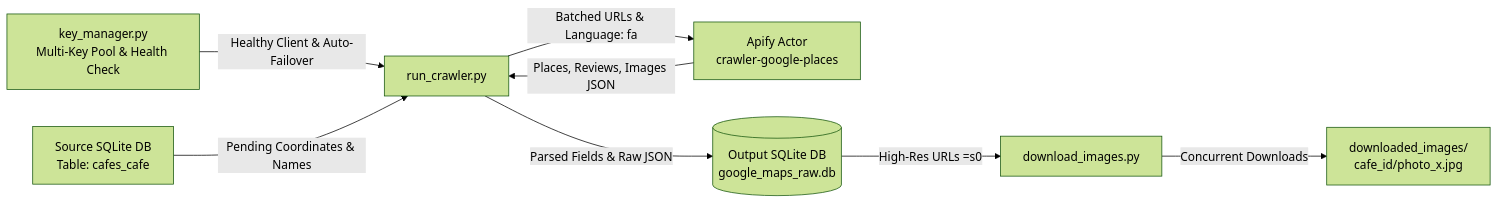
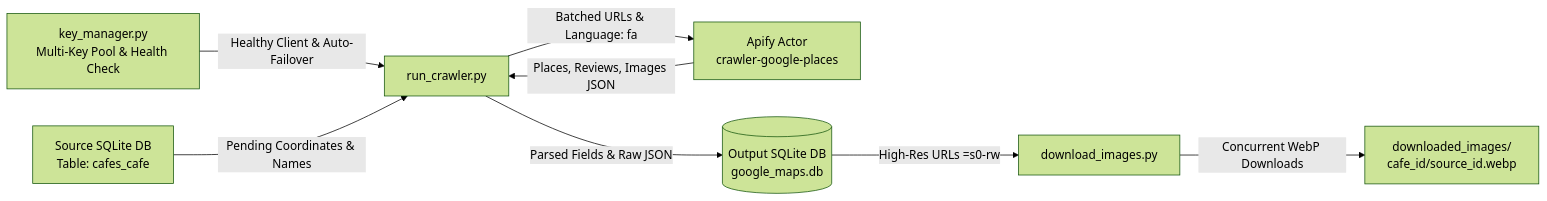
Before and after one commit to osumy/apify_maps: the diagram in README.md, drawn with Mermaid (forest theme). The commit also changed other lines of this file and 4 other files, not shown here.

Commit message:
feat(media): adopt native WebP format (=s0-rw) for high-resolution images

````diff
--- a/README.md
+++ b/README.md
@@ -42,10 +42,10 @@
 ```mermaid
 flowchart LR
     KM[key_manager.py<br/>Multi-Key Pool & Health Check] -->|Healthy Client & Auto-Failover| B[run_crawler.py]
     A[Source SQLite DB<br/>Table: cafes_cafe] -->|Pending Coordinates & Names| B
     B -->|Batched URLs & Language: fa| C[Apify Actor<br/>crawler-google-places]
     C -->|Places, Reviews, Images JSON| B
-    B -->|Parsed Fields & Raw JSON| D[(Output SQLite DB<br/>google_maps_raw.db)]
-    D -->|High-Res URLs =s0| E[download_images.py]
-    E -->|Concurrent Downloads| F[downloaded_images/<br/>cafe_id/photo_x.jpg]
+    B -->|Parsed Fields & Raw JSON| D[(Output SQLite DB<br/>google_maps.db)]
+    D -->|High-Res URLs =s0-rw| E[download_images.py]
+    E -->|Concurrent WebP Downloads| F[downloaded_images/<br/>cafe_id/source_id.webp]
 ```
````
